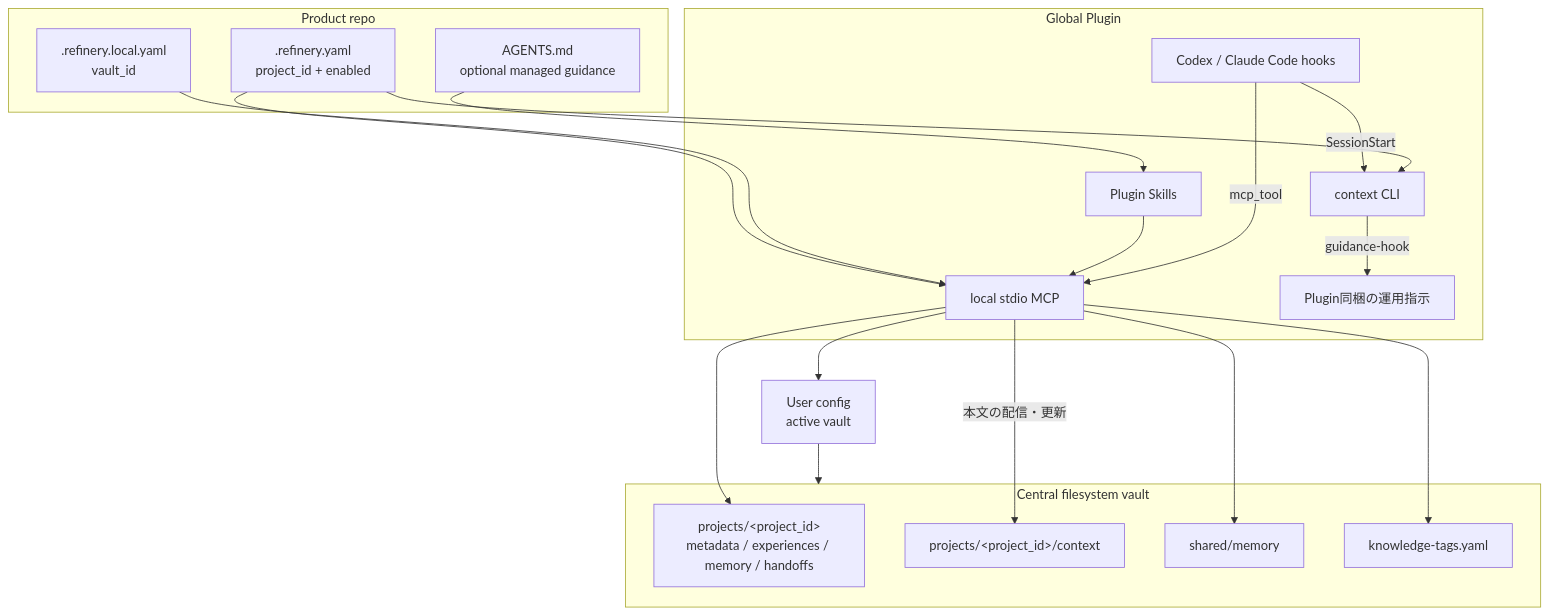
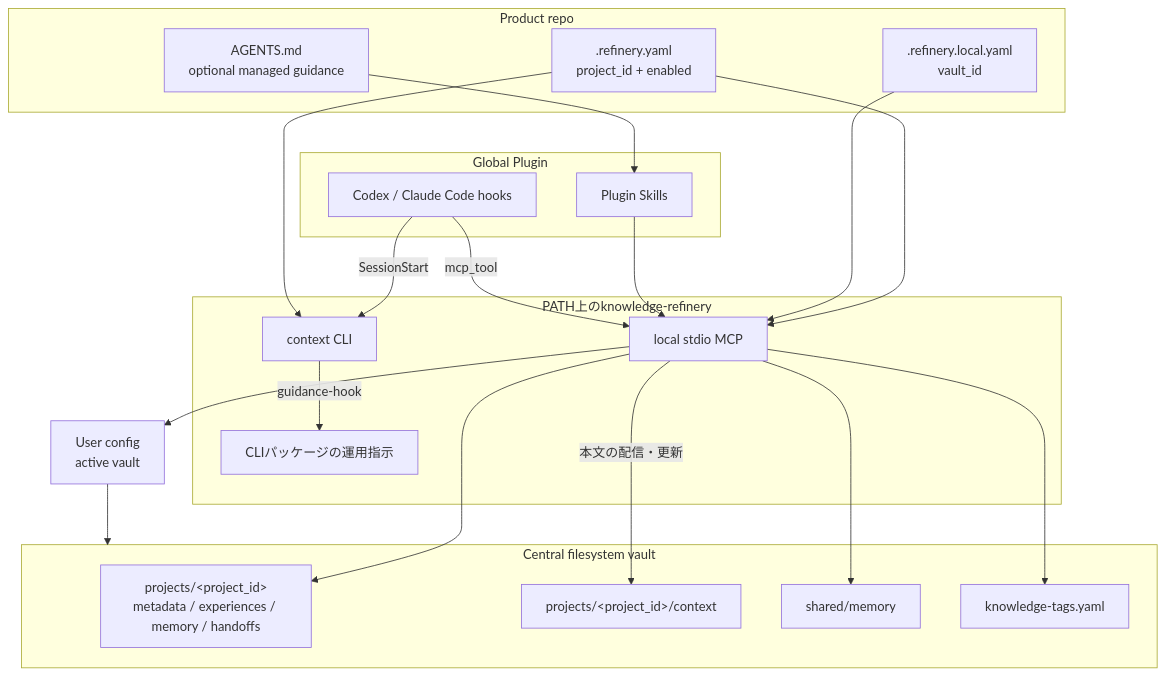
One commit to skanehira1126/knowledge-refinery changed the diagram in docs/architecture.md. Above: the diagram before and after it, drawn with Mermaid. The commit also changed other lines of this file and 24 other files, not shown here.

````diff
--- a/docs/architecture.md
+++ b/docs/architecture.md
@@ -6,40 +6,43 @@
 ```mermaid
 flowchart TB
     subgraph Repo["Product repo"]
         RC[".refinery.yaml<br/>project_id + enabled"]
         RL[".refinery.local.yaml<br/>vault_id"]
         AG["AGENTS.md<br/>optional managed guidance"]
     end
 
     subgraph Plugin["Global Plugin"]
         SK["Plugin Skills"]
+        HK["Codex / Claude Code hooks"]
+    end
+
+    subgraph Package["PATH上のknowledge-refinery"]
         MCP["local stdio MCP"]
-        HK["Codex / Claude Code hooks"]
         CLI["context CLI"]
-        G["Plugin同梱の運用指示"]
+        G["CLIパッケージの運用指示"]
     end
 
     CFG["User config<br/>active vault"]
 
     subgraph Vault["Central filesystem vault"]
         PM["projects/&lt;project_id&gt;<br/>metadata / experiences / memory / handoffs"]
         CT["projects/&lt;project_id&gt;/context"]
         SM["shared/memory"]
         KT["knowledge-tags.yaml"]
     end
 
     AG --> SK
     RC --> MCP
     RL --> MCP
     SK --> MCP
     HK -->|SessionStart| CLI
     RC --> CLI
     CLI -->|guidance-hook| G
     HK -->|mcp_tool| MCP
     MCP -->|本文の配信・更新| CT
     MCP --> CFG
     CFG --> Vault
     MCP --> PM
     MCP --> SM
     MCP --> KT
 ```
````
